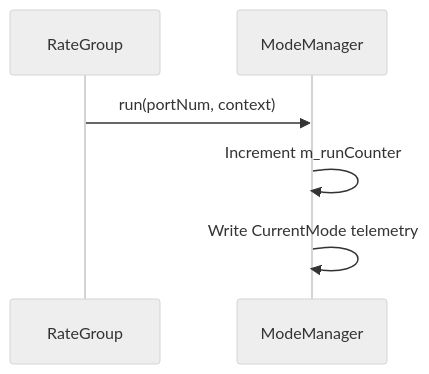
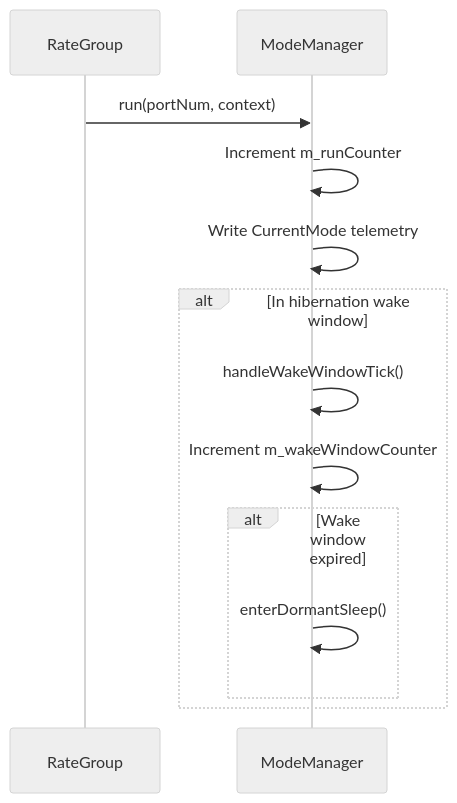
Before and after one commit to Open-Source-Space-Foundation/proves-core-reference: diagram 11 of 12 in FprimeZephyrReference/Components/ModeManager/docs/sdd.md, drawn with Mermaid (neutral theme). The commit also changed other lines of this file and 11 other files, not shown here.

Commit message:
update hibernation mode

````diff
--- a/FprimeZephyrReference/Components/ModeManager/docs/sdd.md
+++ b/FprimeZephyrReference/Components/ModeManager/docs/sdd.md
@@ -293,9 +431,16 @@
 ```mermaid
 sequenceDiagram
     participant RateGroup
     participant ModeManager
 
     RateGroup->>ModeManager: run(portNum, context)
     ModeManager->>ModeManager: Increment m_runCounter
     ModeManager->>ModeManager: Write CurrentMode telemetry
+    alt In hibernation wake window
+        ModeManager->>ModeManager: handleWakeWindowTick()
+        ModeManager->>ModeManager: Increment m_wakeWindowCounter
+        alt Wake window expired
+            ModeManager->>ModeManager: enterDormantSleep()
+        end
+    end
 ```
````
